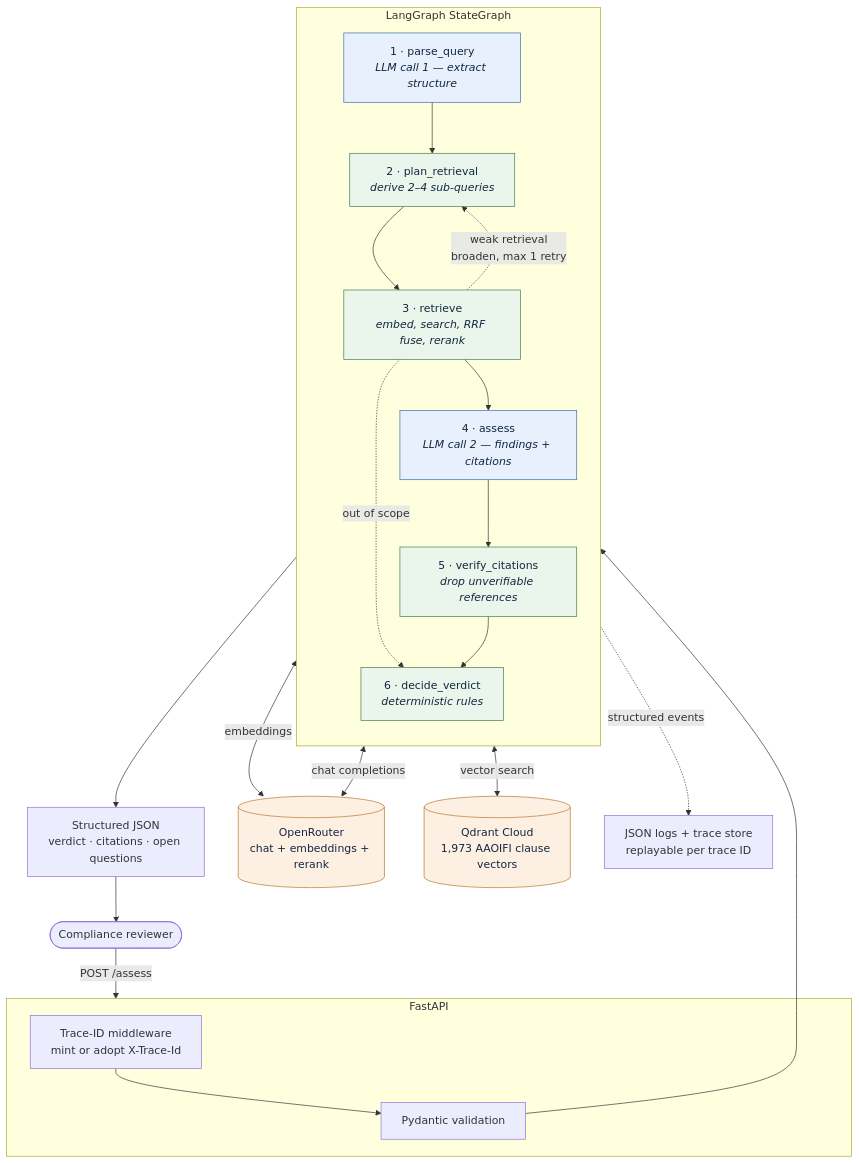
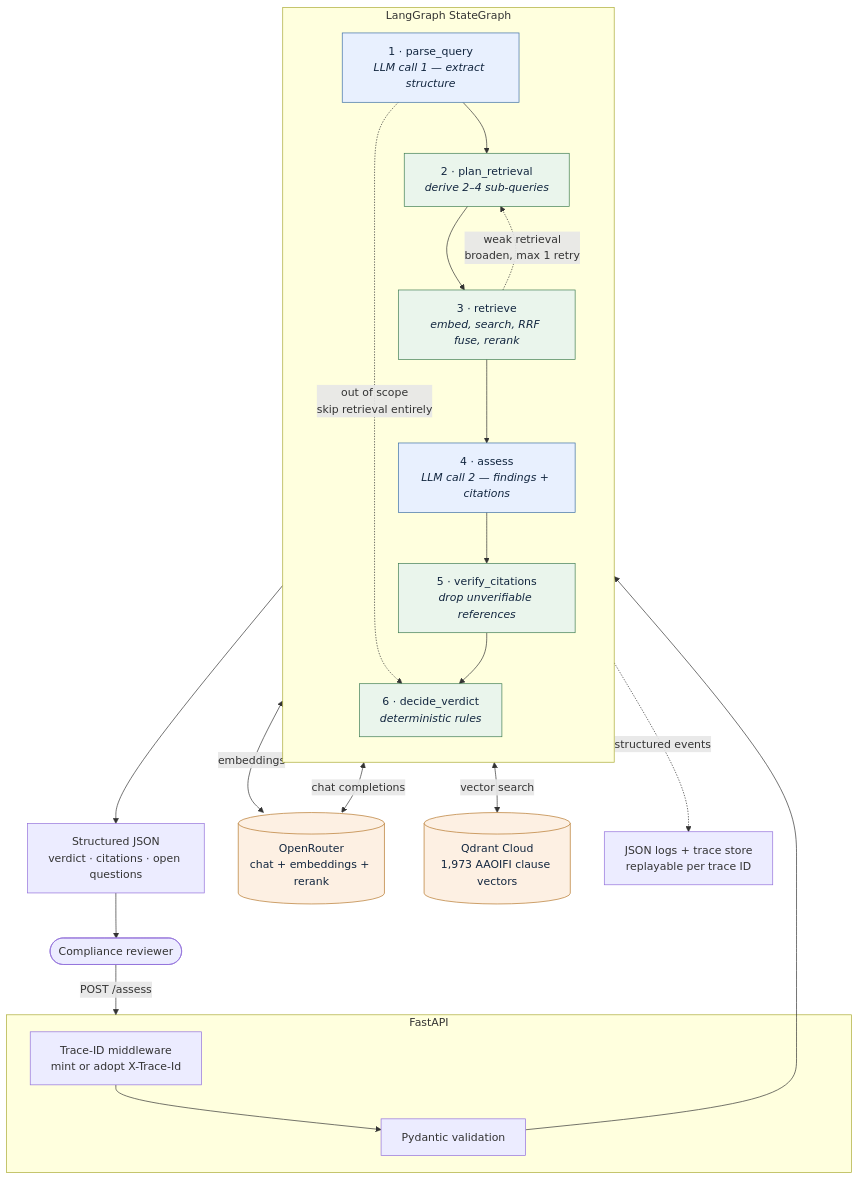
The diagram in README.md (AhmadKElsayed/Sharia-Compliance-Agent), drawn with Mermaid before and after one commit. The commit also changed other lines of this file and 4 other files, not shown here.

````diff
--- a/README.md
+++ b/README.md
@@ -83,46 +83,46 @@
 ```mermaid
 flowchart TB
     Client(["Compliance reviewer"]) -->|"POST /assess"| API
 
     subgraph API["FastAPI"]
         MW["Trace-ID middleware<br/>mint or adopt X-Trace-Id"]
         VAL["Pydantic validation"]
         MW --> VAL
     end
 
     VAL --> G
 
     subgraph G["LangGraph StateGraph"]
         direction TB
         P["1 · parse_query<br/><i>LLM call 1 — extract structure</i>"]
         PL["2 · plan_retrieval<br/><i>derive 2–4 sub-queries</i>"]
         R["3 · retrieve<br/><i>embed, search, RRF fuse, rerank</i>"]
         A["4 · assess<br/><i>LLM call 2 — findings + citations</i>"]
         V["5 · verify_citations<br/><i>drop unverifiable references</i>"]
         D["6 · decide_verdict<br/><i>deterministic rules</i>"]
 
         P --> PL --> R
+        P -.->|"out of scope<br/>skip retrieval entirely"| D
         R -.->|"weak retrieval<br/>broaden, max 1 retry"| PL
-        R -.->|"out of scope"| D
         R --> A --> V --> D
     end
 
     D --> RESP["Structured JSON<br/>verdict · citations · open questions"]
     RESP --> Client
 
     R <-->|"embeddings"| OR
     A <-->|"chat completions"| OR
     R <-->|"vector search"| QD
 
     OR[("OpenRouter<br/>chat + embeddings + rerank")]
     QD[("Qdrant Cloud<br/>1,973 AAOIFI clause vectors")]
 
     G -.->|"structured events"| LOG["JSON logs + trace store<br/>replayable per trace ID"]
 
     classDef llm fill:#e8f0fe,stroke:#3b6ea5,color:#12263f
     classDef code fill:#eaf5ec,stroke:#3f7d52,color:#12263f
     classDef ext fill:#fdf0e3,stroke:#b5762a,color:#12263f
     class P,A llm
     class PL,R,V,D code
     class OR,QD ext
 ```
````
